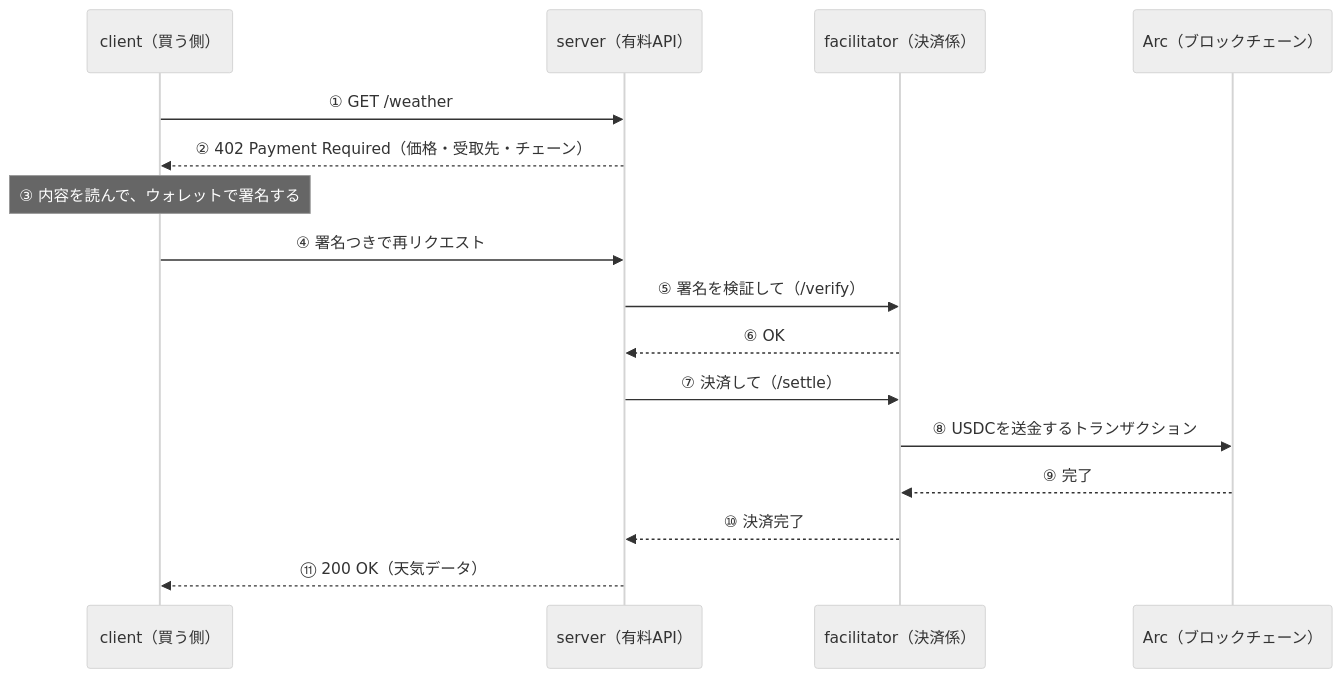
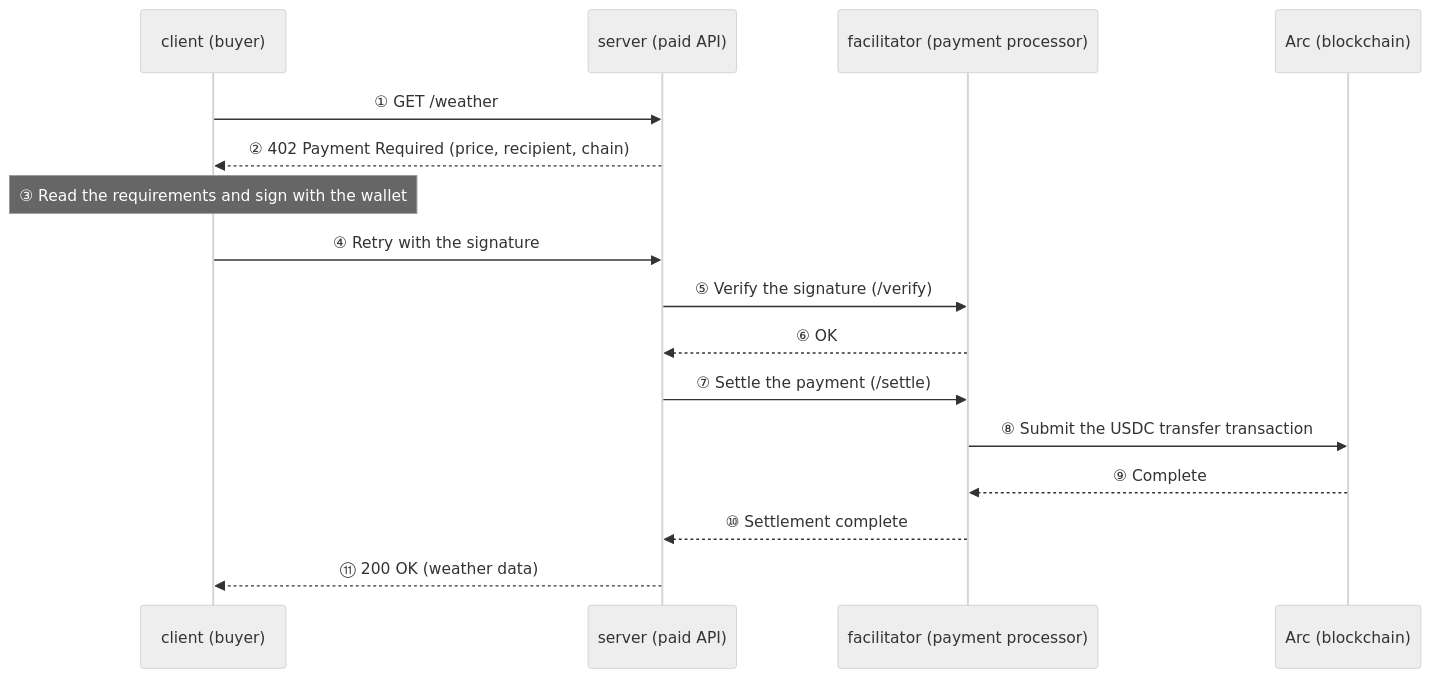
One commit to mashharuki/devcon8-workshop changed the diagram in docs/workshop.md. Above: the diagram before and after it, drawn with Mermaid (neutral theme). The commit also changed other lines of this file and 44 other files, not shown here.

````diff
--- a/docs/workshop.md
+++ b/docs/workshop.md
@@ -50,19 +50,19 @@
 ```mermaid
 sequenceDiagram
-    participant C as client（買う側）
-    participant S as server（有料API）
-    participant F as facilitator（決済係）
-    participant B as Arc（ブロックチェーン）
+    participant C as client (buyer)
+    participant S as server (paid API)
+    participant F as facilitator (payment processor)
+    participant B as Arc (blockchain)
 
     C->>S: ① GET /weather
-    S-->>C: ② 402 Payment Required（価格・受取先・チェーン）
-    Note over C: ③ 内容を読んで、ウォレットで署名する
-    C->>S: ④ 署名つきで再リクエスト
-    S->>F: ⑤ 署名を検証して（/verify）
+    S-->>C: ② 402 Payment Required (price, recipient, chain)
+    Note over C: ③ Read the requirements and sign with the wallet
+    C->>S: ④ Retry with the signature
+    S->>F: ⑤ Verify the signature (/verify)
     F-->>S: ⑥ OK
-    S->>F: ⑦ 決済して（/settle）
-    F->>B: ⑧ USDCを送金するトランザクション
-    B-->>F: ⑨ 完了
-    F-->>S: ⑩ 決済完了
-    S-->>C: ⑪ 200 OK（天気データ）
+    S->>F: ⑦ Settle the payment (/settle)
+    F->>B: ⑧ Submit the USDC transfer transaction
+    B-->>F: ⑨ Complete
+    F-->>S: ⑩ Settlement complete
+    S-->>C: ⑪ 200 OK (weather data)
 ```
````
